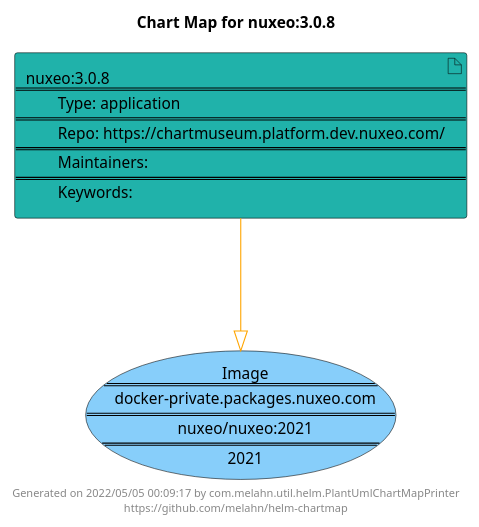
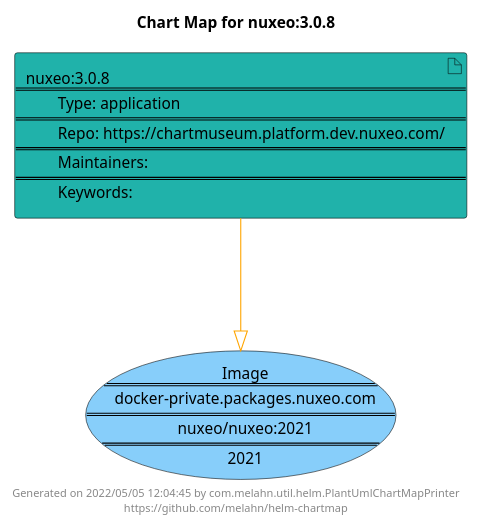
The diagram in docs/nuxeo/nuxeo-3.0.9.puml (melahn/helm-chartmap), drawn with PlantUML before and after one commit. The commit also changed 62 other files, not shown here.

Commit message:
Update Example Chart Maps as part of GitHub build

```diff
--- a/docs/nuxeo/nuxeo-3.0.9.puml
+++ b/docs/nuxeo/nuxeo-3.0.9.puml
@@ -1,21 +1,21 @@
 @startuml
 skinparam linetype ortho
 skinparam backgroundColor white
 skinparam usecaseBorderColor black
 skinparam usecaseArrowColor LightSlateGray
 skinparam artifactBorderColor black
 skinparam artifactArrowColor LightSlateGray
 
 title Chart Map for nuxeo:3.0.8
 
 'There is one referenced Helm Chart
 artifact "nuxeo:3.0.8\n====\n\tType: application\n====\n\tRepo: https://chartmuseum.platform.dev.nuxeo.com/\n====\n\tMaintainers: \n====\n\tKeywords: " as nuxeo_3_0_8 #LightSeaGreen
 
 'There is one referenced Docker Image
 usecase "Image\n====\ndocker-private.packages.nuxeo.com\n====\nnuxeo/nuxeo:2021\n====\n2021" as docker_private_packages_nuxeo_com_nuxeo_nuxeo_2021 #LightSkyBlue
 
 'Chart Dependencies
 nuxeo_3_0_8--[#orange]-|>docker_private_packages_nuxeo_com_nuxeo_nuxeo_2021
 
-center footer Generated on 2022/05/05 00:09:17 by com.melahn.util.helm.PlantUmlChartMapPrinter\nhttps://github.com/melahn/helm-chartmap
+center footer Generated on 2022/05/05 12:04:45 by com.melahn.util.helm.PlantUmlChartMapPrinter\nhttps://github.com/melahn/helm-chartmap
 @enduml
```
